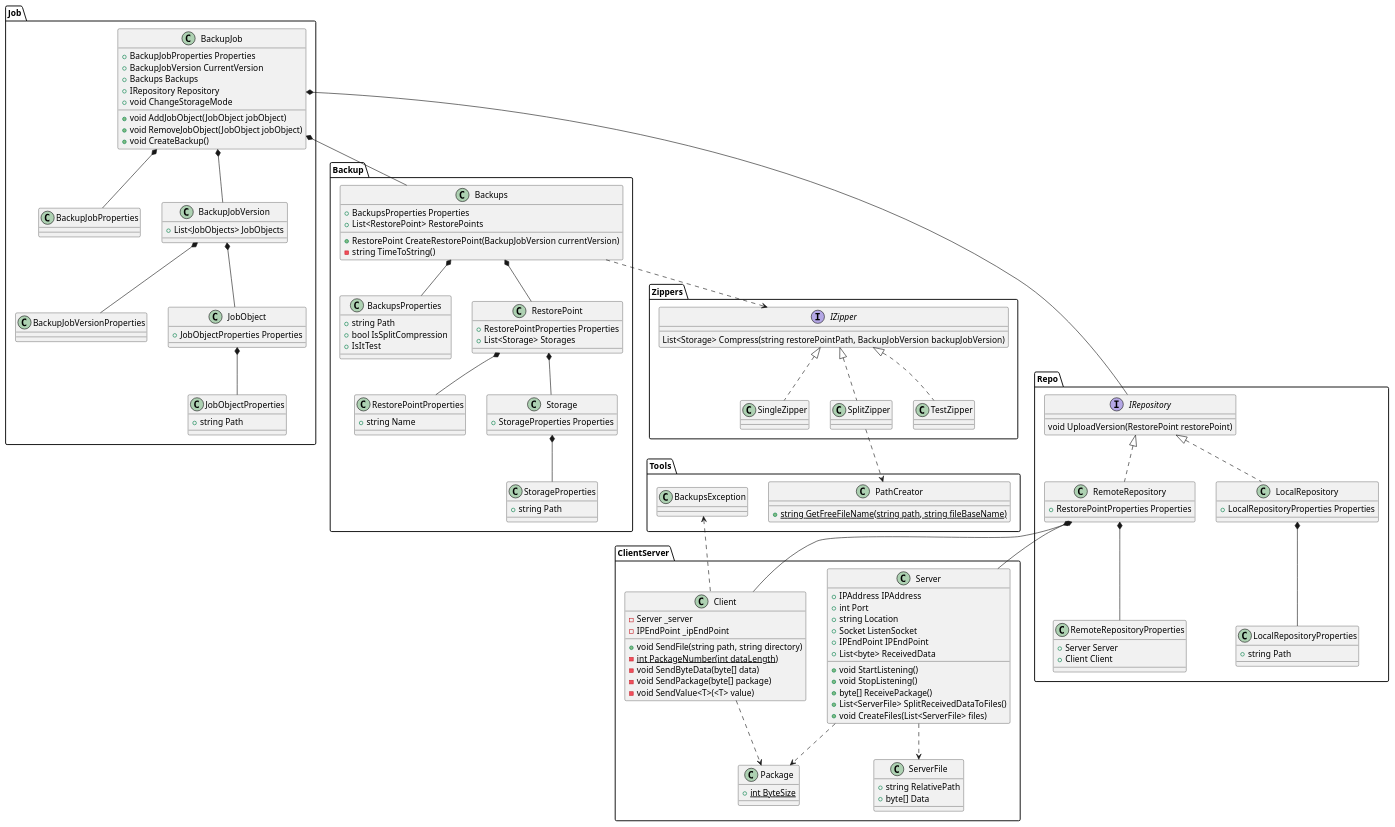
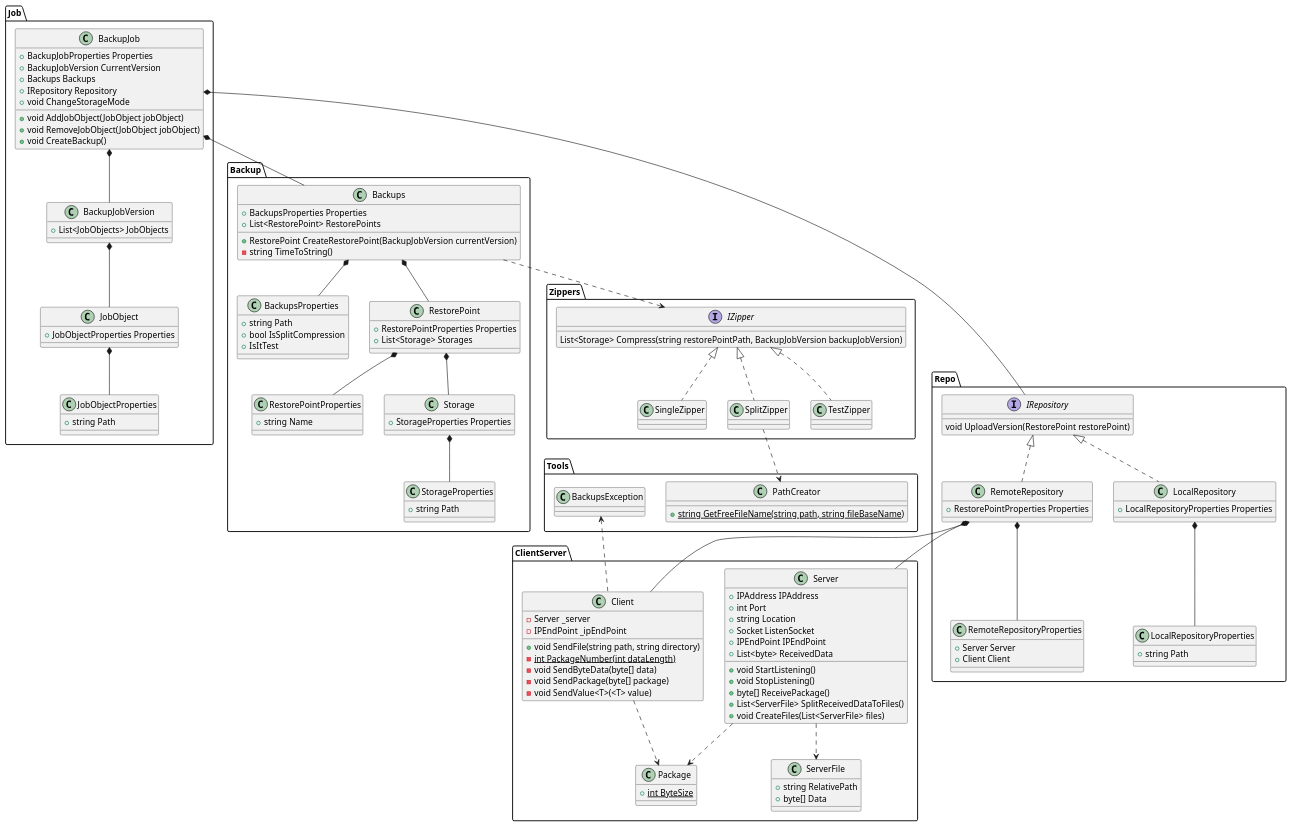
Before and after one commit to is-oop-y24/eeeedgar: the diagram in Backups/backups.puml, drawn with PlantUML. The commit also changed 2 other files, not shown here.

```diff
--- a/Backups/backups.puml
+++ b/Backups/backups.puml
@@ -1,176 +1,171 @@
 @startuml
 'https://plantuml.com/class-diagram
-allowmixing
 package Job
 {
     class BackupJob
     {
         + BackupJobProperties Properties
         + BackupJobVersion CurrentVersion
         + Backups Backups
         + IRepository Repository
         + void AddJobObject(JobObject jobObject)
         + void RemoveJobObject(JobObject jobObject)
         + void CreateBackup()
         + void ChangeStorageMode
     }
-    class BackupJobProperties
     class BackupJobVersion
     {
         + List<JobObjects> JobObjects
     }
-    class BackupJobVersionProperties
     class JobObject
     {
         + JobObjectProperties Properties
     }
     class JobObjectProperties
     {
         + string Path
     }
 }
 package Backup
 {
     class Backups
     {
         + BackupsProperties Properties
         + List<RestorePoint> RestorePoints
         + RestorePoint CreateRestorePoint(BackupJobVersion currentVersion)
         - string TimeToString()
     }
     class BackupsProperties
     {
         + string Path
         + bool IsSplitCompression
         + IsItTest
     }
     class RestorePoint
     {
         + RestorePointProperties Properties
         + List<Storage> Storages
     }
     class RestorePointProperties
     {
         + string Name
     }
     class Storage
     {
         + StorageProperties Properties
     }
     class StorageProperties
     {
         + string Path
     }
 }
 package Repo
 {
     interface IRepository
     {
         void UploadVersion(RestorePoint restorePoint)
     }
     class LocalRepository
     {
         + LocalRepositoryProperties Properties
     }
     class LocalRepositoryProperties
     {
         + string Path
     }
     class RemoteRepository
     {
         + RestorePointProperties Properties
     }
     class RemoteRepositoryProperties
     {
         + Server Server
         + Client Client
     }
 }
 package ClientServer
 {
     class Server
     {
         + IPAddress IPAddress
         + int Port
         + string Location
         + Socket ListenSocket
         + IPEndPoint IPEndPoint
         + List<byte> ReceivedData
         + void StartListening()
         + void StopListening()
         + byte[] ReceivePackage()
         + List<ServerFile> SplitReceivedDataToFiles()
         + void CreateFiles(List<ServerFile> files)
     }
     class Client
     {
         - Server _server
         - IPEndPoint _ipEndPoint
         + void SendFile(string path, string directory)
         - {static} int PackageNumber(int dataLength)
         - void SendByteData(byte[] data)
         - void SendPackage(byte[] package)
         - void SendValue<T>(<T> value)
     }
     class Package
     {
         + {static} int ByteSize
     }
     class ServerFile
     {
         + string RelativePath
         + byte[] Data
     }
 }
 package Zippers
 {
     interface IZipper
     {
         List<Storage> Compress(string restorePointPath, BackupJobVersion backupJobVersion)
     }
     class SingleZipper
     class SplitZipper
     class TestZipper
 }
 package Tools
 {
     class PathCreator
     {
         + {static} string GetFreeFileName(string path, string fileBaseName)
     }
     class BackupsException
 }
-BackupJob *-- BackupJobProperties
 BackupJob *-- BackupJobVersion
 BackupJob *-- Backups
 BackupJob *-- IRepository
 BackupJobVersion *-- JobObject
-BackupJobVersion *-- BackupJobVersionProperties
 JobObject *-- JobObjectProperties
 
 Backups *-- RestorePoint
 Backups *-- BackupsProperties
 Backups ..> IZipper
 RestorePoint *-- Storage
 RestorePoint *-- RestorePointProperties
 Storage *-- StorageProperties
 
 IRepository <|.. LocalRepository
 IRepository <|.. RemoteRepository
 RemoteRepository *-- Server
 RemoteRepository *-- Client
 RemoteRepository *-- RemoteRepositoryProperties
 LocalRepository *-- LocalRepositoryProperties
 
 IZipper <|.. SingleZipper
 IZipper <|.. SplitZipper
 IZipper <|.. TestZipper
 SplitZipper ..> PathCreator
 
 Server ..> ServerFile
 Server ..> Package
 Client ..> Package
 
 BackupsException <.. Client
 
 @enduml
```
